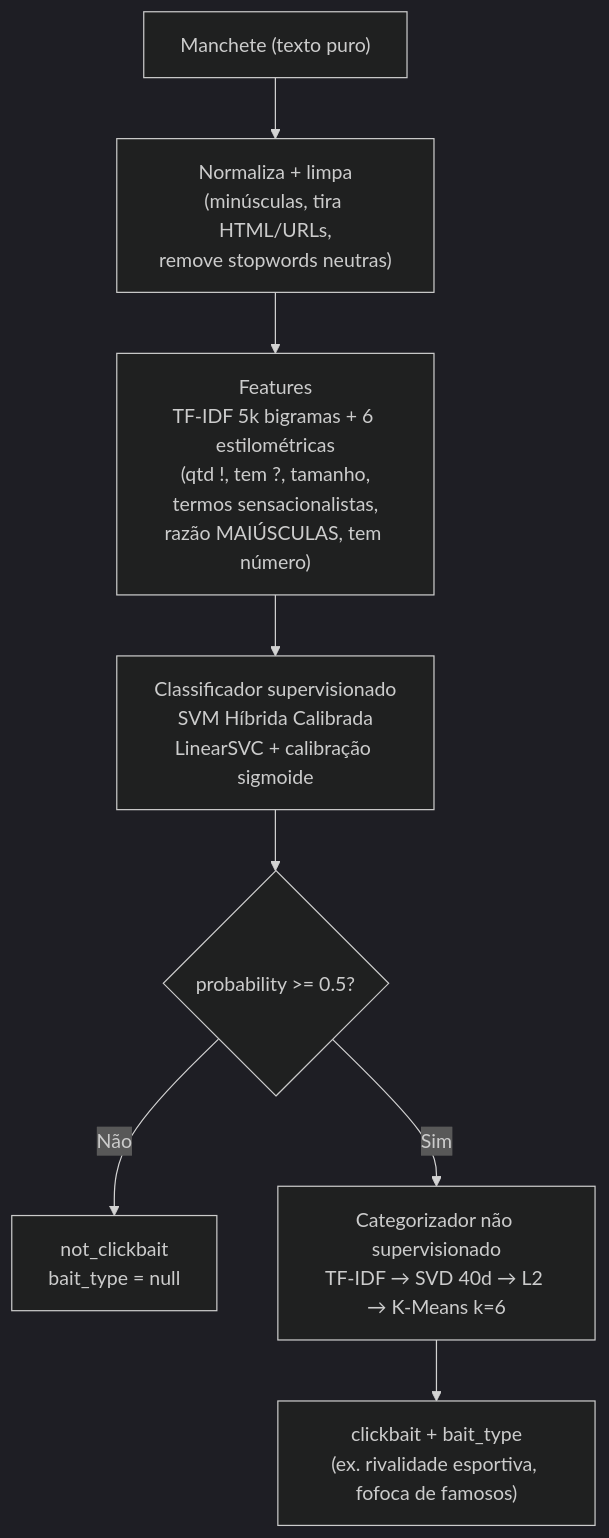
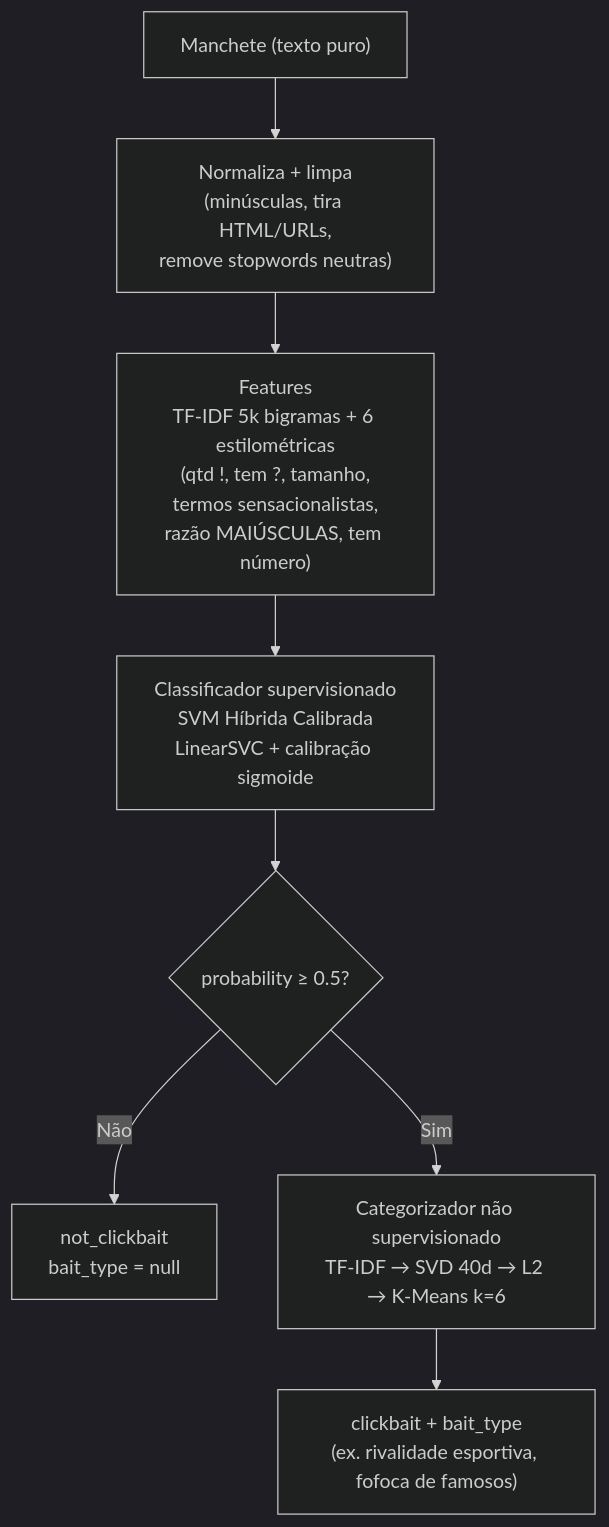
The first of 2 diagrams in README.md (gu-css/QuestionAI-api), drawn with Mermaid (dark theme) before and after one commit. The commit also changed other lines of this file and 2 other files, not shown here.

````diff
--- a/README.md
+++ b/README.md
@@ -38,10 +47,10 @@
 ```mermaid
 flowchart TD
     A["Manchete (texto puro)"] --> B["Normaliza + limpa\n(minúsculas, tira HTML/URLs,\nremove stopwords neutras)"]
     B --> C["Features\nTF-IDF 5k bigramas + 6 estilométricas\n(qtd !, tem ?, tamanho,\ntermos sensacionalistas,\nrazão MAIÚSCULAS, tem número)"]
     C --> D["Classificador supervisionado\nSVM Híbrida Calibrada\nLinearSVC + calibração sigmoide"]
-    D --> E{"probability >= 0.5?"}
+    D --> E{"probability ≥ 0.5?"}
     E -- Não --> F["not_clickbait\nbait_type = null"]
     E -- Sim --> G["Categorizador não supervisionado\nTF-IDF → SVD 40d → L2 → K-Means k=6"]
     G --> H["clickbait + bait_type\n(ex. rivalidade esportiva, fofoca de famosos)"]
 ```
````
